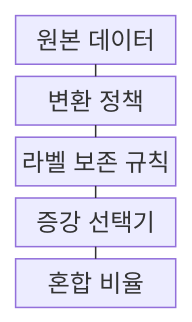
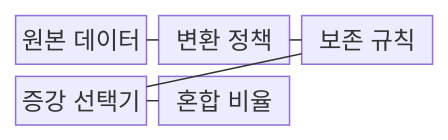
The first of 2 diagrams in src/content/docs/notes/08-latest-tech/069_data_augmentation.md (agnusdei1207/knowledge-base), drawn with Mermaid before and after one commit. The commit also changed other lines of this file and 228 other files, not shown here.

````diff
--- a/src/content/docs/notes/08-latest-tech/069_data_augmentation.md
+++ b/src/content/docs/notes/08-latest-tech/069_data_augmentation.md
@@ -51,13 +51,13 @@
 ```mermaid
 block-beta
-  columns 1
+  columns 3
   A["원본 데이터"]
   B["변환 정책"]
-  C["라벨 보존 규칙"]
+  C["보존 규칙"]
   D["증강 선택기"]
   E["혼합 비율"]
   A --- B
   B --- C
   C --- D
   D --- E
 ```
````
